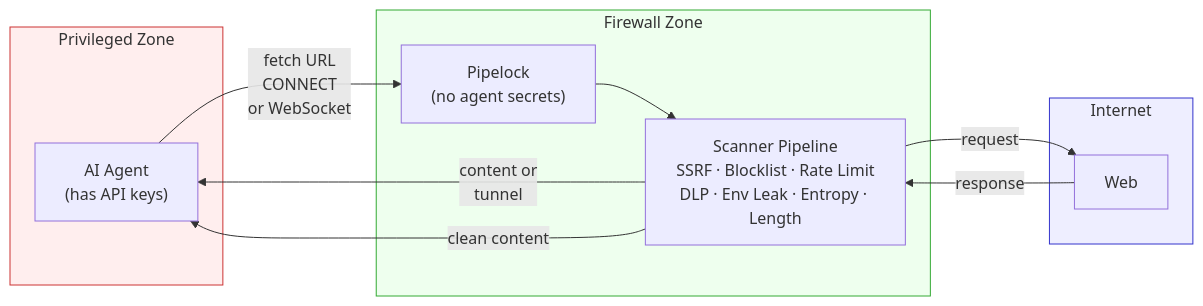
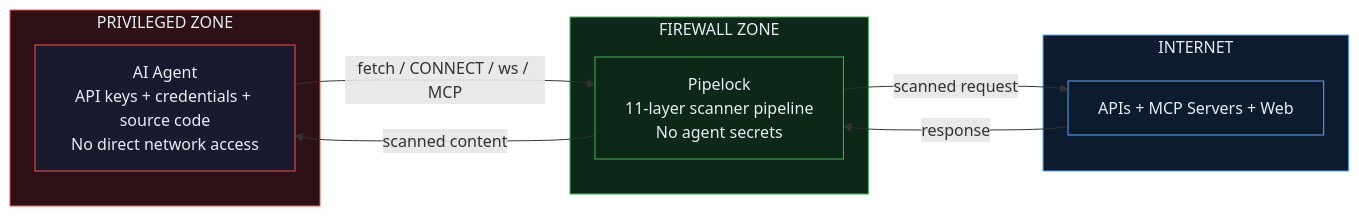
Before and after one commit to luckyPipewrench/pipelock: the diagram in README.md, drawn with Mermaid.

Commit message:
docs: update architecture diagram for dark mode and 11-layer pipeline

````diff
--- a/README.md
+++ b/README.md
@@ -120,24 +120,26 @@
 ```mermaid
 flowchart LR
-    subgraph PRIVILEGED["Privileged Zone"]
-        Agent["AI Agent\n(has API keys)"]
-    end
-    subgraph FETCH["Firewall Zone"]
-        Proxy["Pipelock\n(no agent secrets)"]
-        Scanner["Scanner Pipeline\nSSRF · Blocklist · Rate Limit\nDLP · Env Leak · Entropy · Length"]
-    end
-    subgraph NET["Internet"]
-        Web["Web"]
+    subgraph PRIV["PRIVILEGED ZONE"]
+        Agent["AI Agent\nAPI keys + credentials + source code\nNo direct network access"]
     end
 
-    Agent -- "fetch URL\nCONNECT\nor WebSocket" --> Proxy
-    Proxy --> Scanner
-    Scanner -- "content or\ntunnel" --> Agent
-    Scanner -- "request" --> Web
-    Web -- "response" --> Scanner
-    Scanner -- "clean content" --> Agent
+    subgraph FW["FIREWALL ZONE"]
+        Proxy["Pipelock\n11-layer scanner pipeline\nNo agent secrets"]
+    end
 
-    style PRIVILEGED fill:#fee,stroke:#c33
-    style FETCH fill:#efe,stroke:#3a3
-    style NET fill:#eef,stroke:#33c
+    subgraph NET["INTERNET"]
+        Web["APIs + MCP Servers + Web"]
+    end
+
+    Agent -- "fetch / CONNECT / ws / MCP" --> Proxy
+    Proxy -- "scanned request" --> Web
+    Web -- "response" --> Proxy
+    Proxy -- "scanned content" --> Agent
+
+    style PRIV fill:#2d1117,stroke:#f85149,color:#e6edf3
+    style FW fill:#0d2818,stroke:#3fb950,color:#e6edf3
+    style NET fill:#0d1b2e,stroke:#58a6ff,color:#e6edf3
+    style Agent fill:#1a1a2e,stroke:#f85149,color:#e6edf3
+    style Proxy fill:#0d2818,stroke:#3fb950,color:#e6edf3
+    style Web fill:#0d1b2e,stroke:#58a6ff,color:#e6edf3
 ```
````
